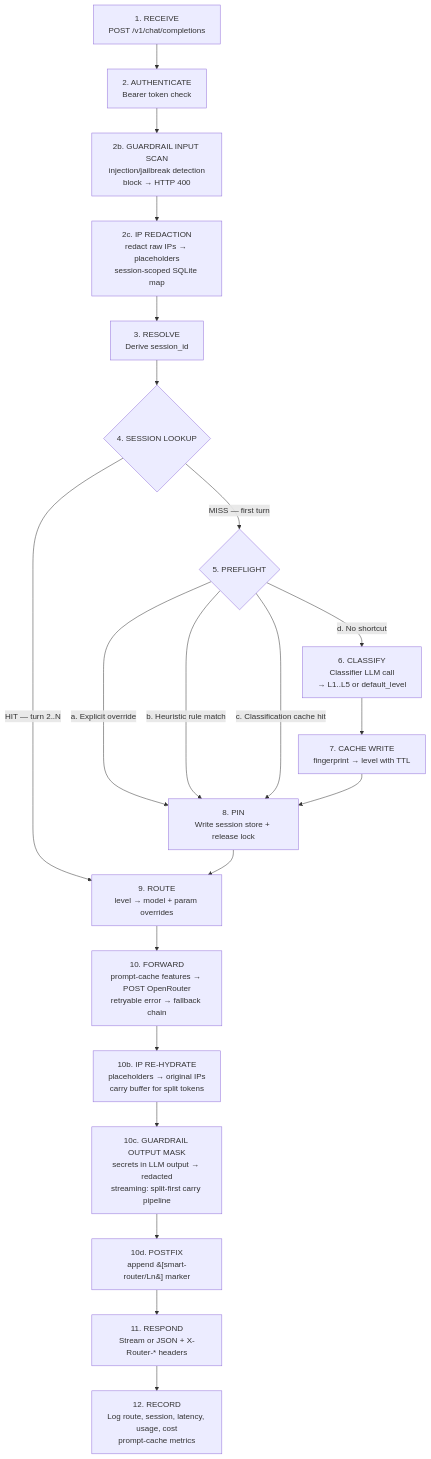
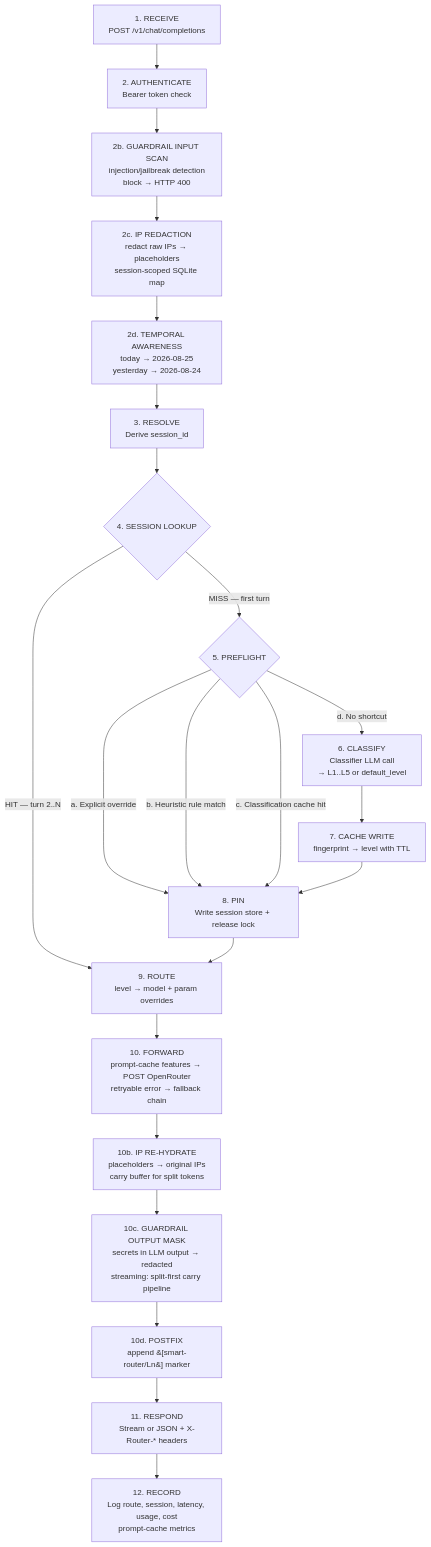
The second of 2 diagrams in llm-smart-router-spec.md (Green-Needle-Tech/llm-smart-router), drawn with Mermaid before and after one commit. The commit also changed other lines of this file and 14 other files, not shown here.

First line of the commit message:
feat: temporal awareness + RoutingEngine hot-reload fix (v2.4.0)

````diff
--- a/llm-smart-router-spec.md
+++ b/llm-smart-router-spec.md
@@ -113,26 +114,27 @@
 ```mermaid
 flowchart TD
     R1[1. RECEIVE<br/>POST /v1/chat/completions] --> R2[2. AUTHENTICATE<br/>Bearer token check]
     R2 --> R2G[2b. GUARDRAIL INPUT SCAN<br/>injection/jailbreak detection<br/>block → HTTP 400]
     R2G --> R2P[2c. IP REDACTION<br/>redact raw IPs → placeholders<br/>session-scoped SQLite map]
-    R2P --> R3[3. RESOLVE<br/>Derive session_id]
+    R2P --> R2T[2d. TEMPORAL AWARENESS<br/>today → 2026-08-25<br/>yesterday → 2026-08-24]
+    R2T --> R3[3. RESOLVE<br/>Derive session_id]
     R3 --> R4{4. SESSION LOOKUP}
 
     R4 -->|HIT — turn 2..N| R9[9. ROUTE<br/>level → model + param overrides]
     R4 -->|MISS — first turn| R5{5. PREFLIGHT}
 
     R5 -->|a. Explicit override| R8[8. PIN<br/>Write session store + release lock]
     R5 -->|b. Heuristic rule match| R8
     R5 -->|c. Classification cache hit| R8
     R5 -->|d. No shortcut| R6[6. CLASSIFY<br/>Classifier LLM call<br/>→ L1..L5 or default_level]
     R6 --> R7[7. CACHE WRITE<br/>fingerprint → level with TTL]
     R7 --> R8
 
     R8 --> R9
     R9 --> R10[10. FORWARD<br/>prompt-cache features → POST OpenRouter<br/>retryable error → fallback chain]
     R10 --> R10P[10b. IP RE-HYDRATE<br/>placeholders → original IPs<br/>carry buffer for split tokens]
     R10P --> R10G[10c. GUARDRAIL OUTPUT MASK<br/>secrets in LLM output → redacted<br/>streaming: split-first carry pipeline]
     R10G --> R10F["10d. POSTFIX<br/>append &#91;smart-router/Ln&#93; marker"]
     R10F --> R11["11. RESPOND<br/>Stream or JSON + X-Router-* headers"]
     R11 --> R12[12. RECORD<br/>Log route, session, latency, usage, cost<br/>prompt-cache metrics]
 ```
````
